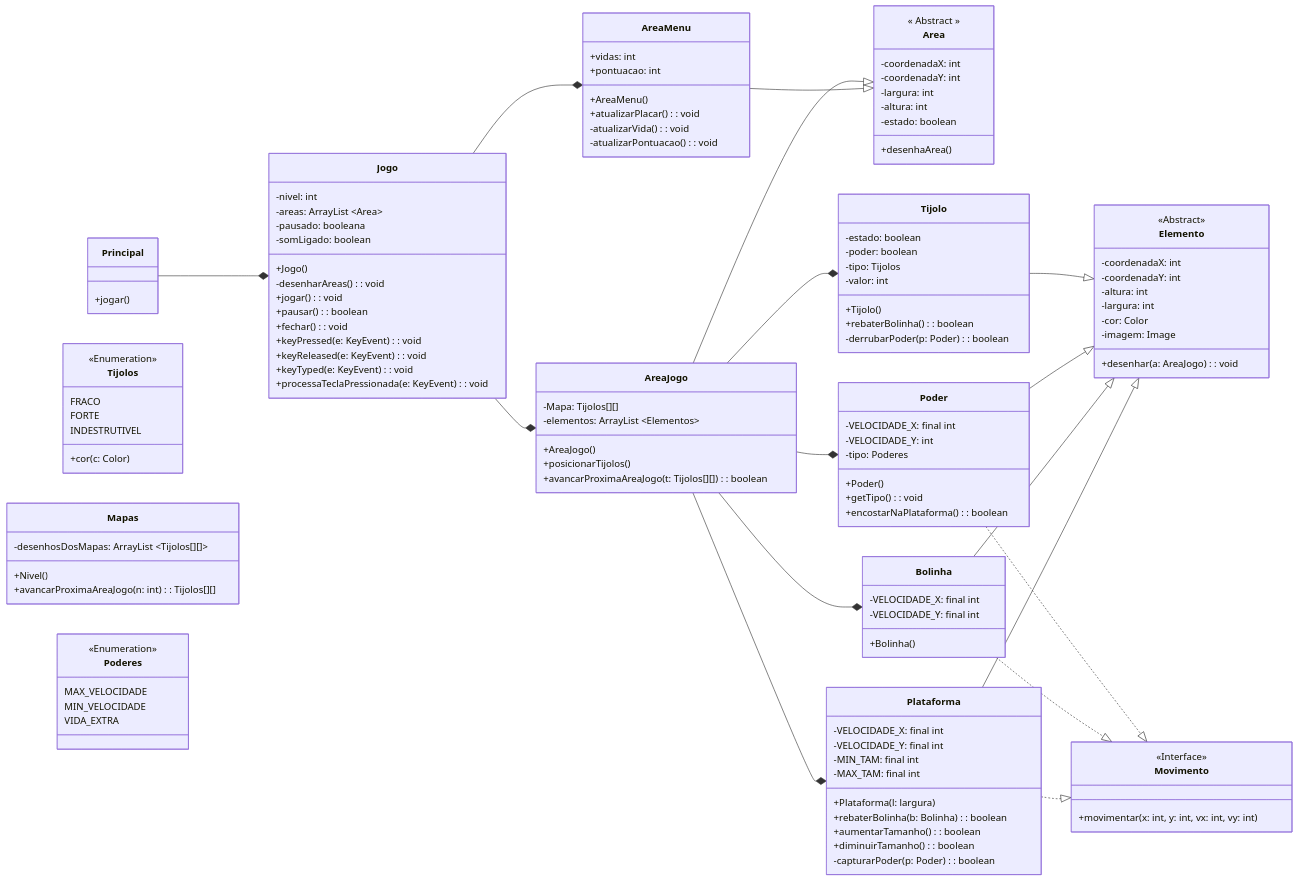
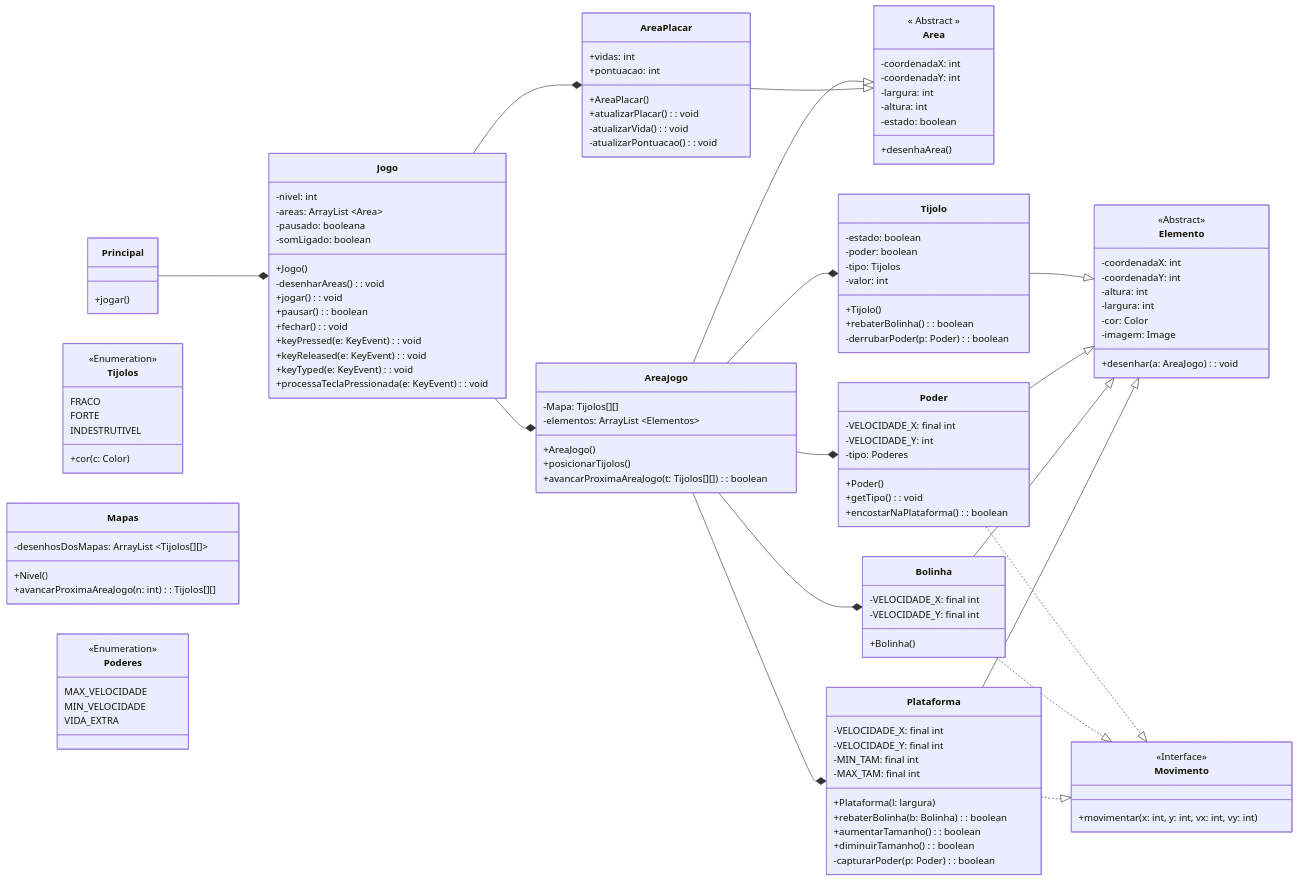
Before and after one commit to luizakuze/POO: the diagram in proj-02/diagrama3.md, drawn with Mermaid. The commit also changed other lines of this file, not shown here.

```diff
--- a/proj-02/diagrama3.md
+++ b/proj-02/diagrama3.md
@@ -41,10 +41,10 @@
         +desenhaArea()
     }
 
-    class AreaMenu {
+    class AreaPlacar {
         +vidas: int
         +pontuacao: int
-        +AreaMenu()
+        +AreaPlacar()
         +atualizarPlacar(): void
         -atualizarVida(): void
         -atualizarPontuacao(): void
@@ -139,10 +139,10 @@
     AreaJogo --* Tijolo
 
     Jogo --* AreaJogo
-    Jogo --* AreaMenu
+    Jogo --* AreaPlacar
 
     AreaJogo --|> Area 
-    AreaMenu --|> Area 
+    AreaPlacar --|> Area 
 
     Principal --* Jogo
 
```
